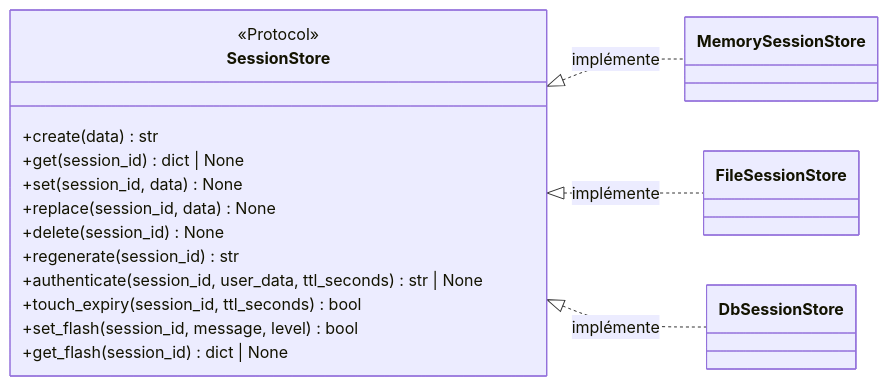
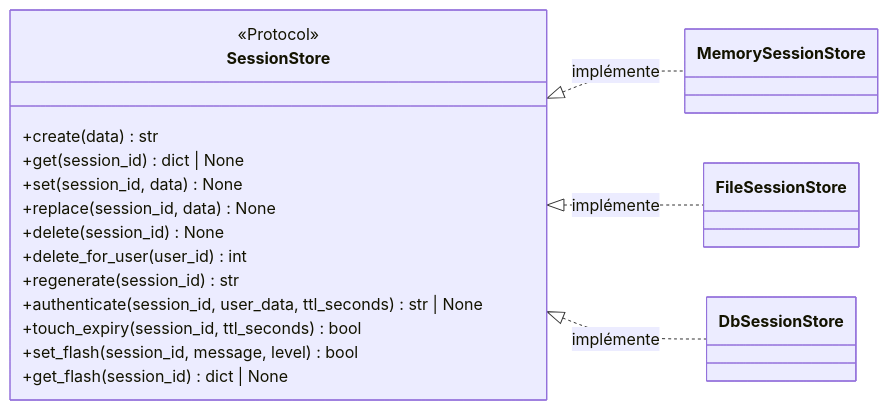
Before and after one commit to caucrogeGit/Forge: the diagram in core/sessions/docs/contract.md, drawn with Mermaid. The commit also changed other lines of this file and 18 other files, not shown here.

````diff
--- a/core/sessions/docs/contract.md
+++ b/core/sessions/docs/contract.md
@@ -39,26 +39,27 @@
 ```mermaid
 classDiagram
     direction LR
 
     class SessionStore {
         <<Protocol>>
         +create(data) str
         +get(session_id) dict | None
         +set(session_id, data) None
         +replace(session_id, data) None
         +delete(session_id) None
+        +delete_for_user(user_id) int
         +regenerate(session_id) str
         +authenticate(session_id, user_data, ttl_seconds) str | None
         +touch_expiry(session_id, ttl_seconds) bool
         +set_flash(session_id, message, level) bool
         +get_flash(session_id) dict | None
     }
 
     class MemorySessionStore
     class FileSessionStore
     class DbSessionStore
 
     SessionStore <|.. MemorySessionStore : implémente
     SessionStore <|.. FileSessionStore : implémente
     SessionStore <|.. DbSessionStore : implémente
 ```
````
